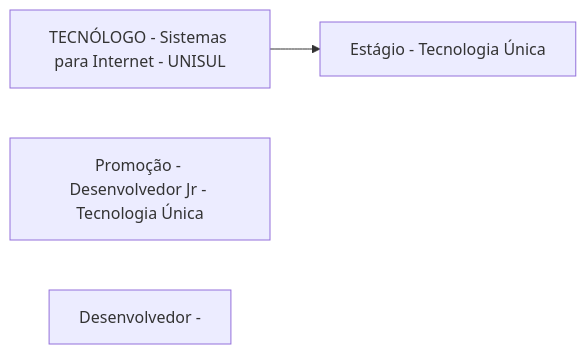
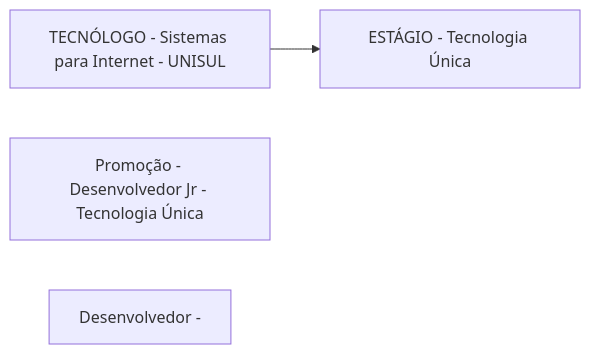
The diagram in Advanced-Business-Development-with-.NET/1º-Semestre/Aula-01-%2D-Introdução-e-Apresentação/Apresentação-do-Professor.md (rafsp/Graduacao_FIAP), drawn with Mermaid before and after one commit.

Commit message:
Updated Apresentação do Professor

```diff
--- a/Advanced-Business-Development-with-.NET/1º-Semestre/Aula-01-%2D-Introdução-e-Apresentação/Apresentação-do-Professor.md
+++ b/Advanced-Business-Development-with-.NET/1º-Semestre/Aula-01-%2D-Introdução-e-Apresentação/Apresentação-do-Professor.md
@@ -1,8 +1,8 @@
 ::: mermaid
 flowchart LR;
 a[TECNÓLOGO - Sistemas para Internet - UNISUL]
-b[Estágio - Tecnologia Única];
+b[ESTÁGIO - Tecnologia Única];
 c[Promoção - Desenvolvedor Jr - Tecnologia Única];
 d[Desenvolvedor - ]
 a-->b;
 :::
```
